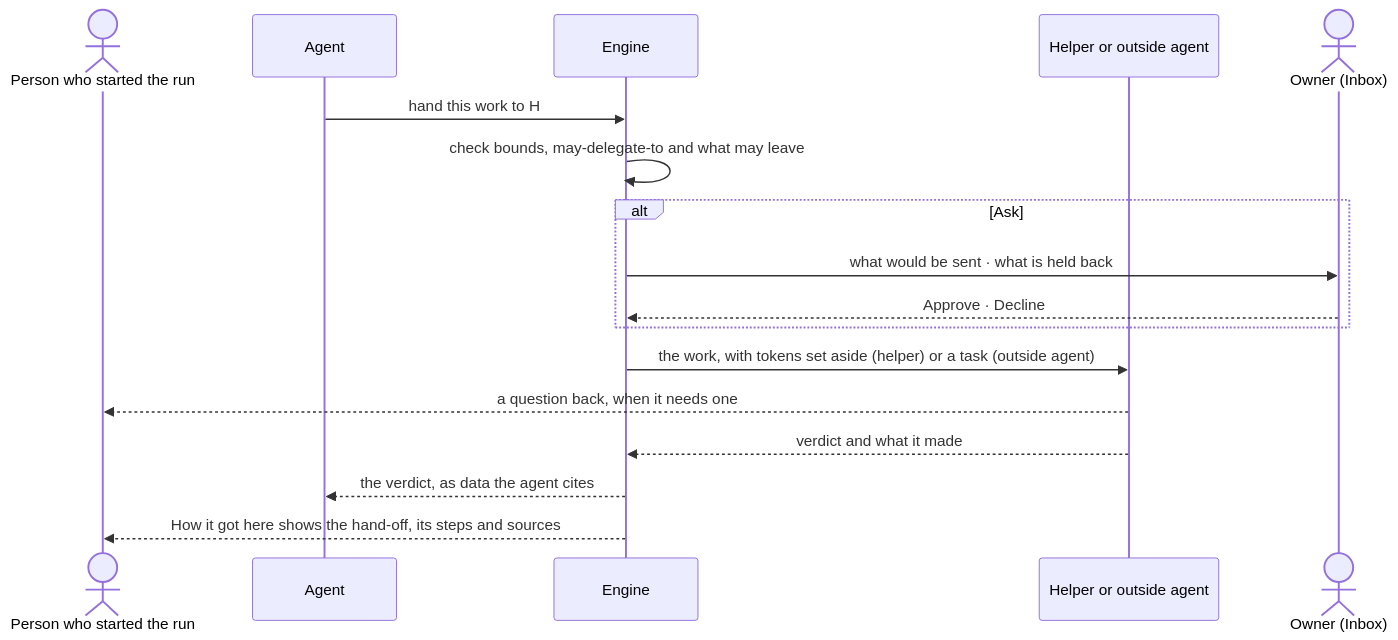
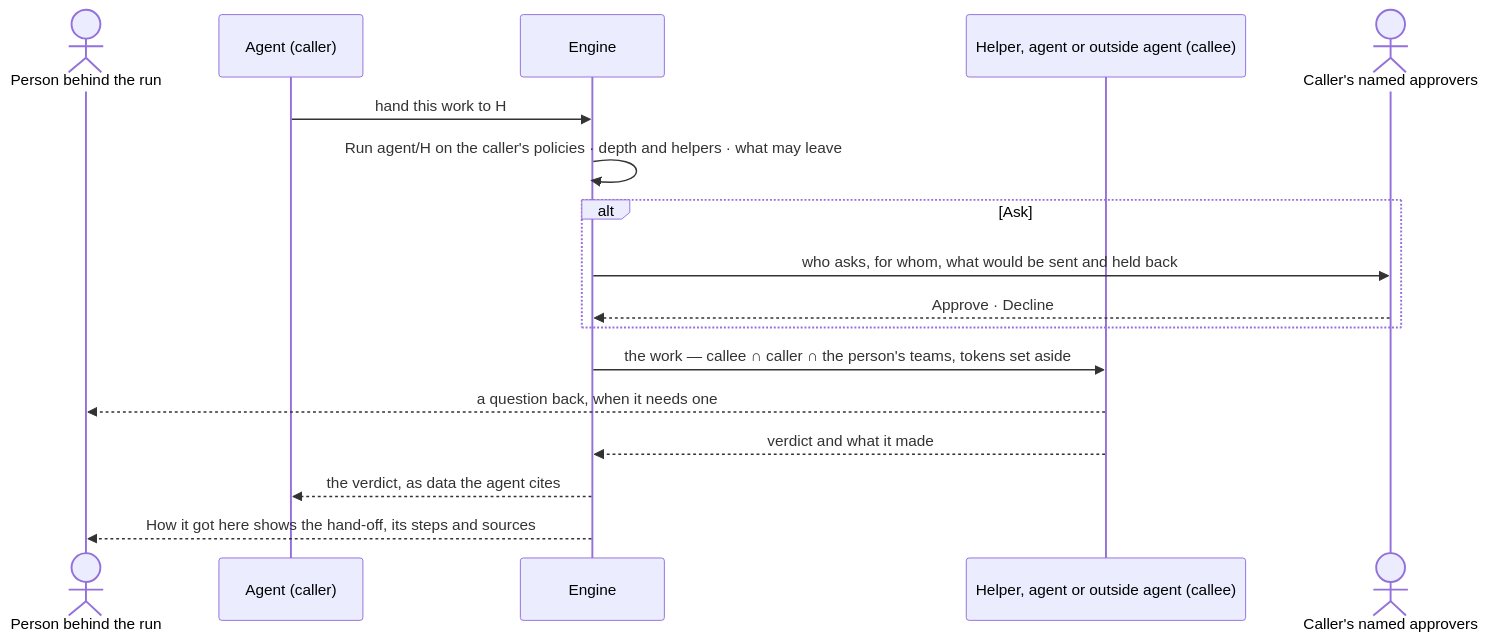
Before and after one commit to invana/invana: the second of 2 diagrams in specs/capabilities/agents/features/AG-F05-delegation-and-outside-agents/feature.md, drawn with Mermaid. The commit also changed other lines of this file and 522 other files, not shown here.

````diff
--- a/specs/capabilities/agents/features/AG-F05-delegation-and-outside-agents/feature.md
+++ b/specs/capabilities/agents/features/AG-F05-delegation-and-outside-agents/feature.md
@@ -53,19 +58,19 @@
 ```mermaid
 sequenceDiagram
-  actor P as Person who started the run
-  participant A as Agent
+  actor P as Person behind the run
+  participant A as Agent (caller)
   participant E as Engine
-  participant H as Helper or outside agent
-  actor O as Owner (Inbox)
+  participant H as Helper, agent or outside agent (callee)
+  actor N as Caller's named approvers
   A->>E: hand this work to H
-  E->>E: check bounds, may-delegate-to and what may leave
+  E->>E: Run agent/H on the caller's policies · depth and helpers · what may leave
   alt Ask
-    E->>O: what would be sent · what is held back
-    O-->>E: Approve · Decline
+    E->>N: who asks, for whom, what would be sent and held back
+    N-->>E: Approve · Decline
   end
-  E->>H: the work, with tokens set aside (helper) or a task (outside agent)
+  E->>H: the work — callee ∩ caller ∩ the person's teams, tokens set aside
   H-->>P: a question back, when it needs one
   H-->>E: verdict and what it made
   E-->>A: the verdict, as data the agent cites
   E-->>P: How it got here shows the hand-off, its steps and sources
 ```
````
